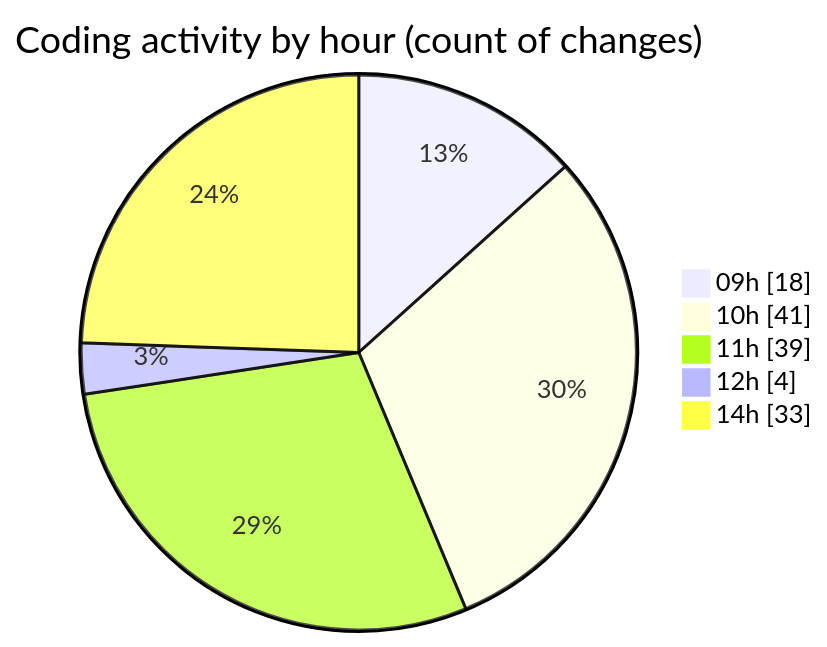
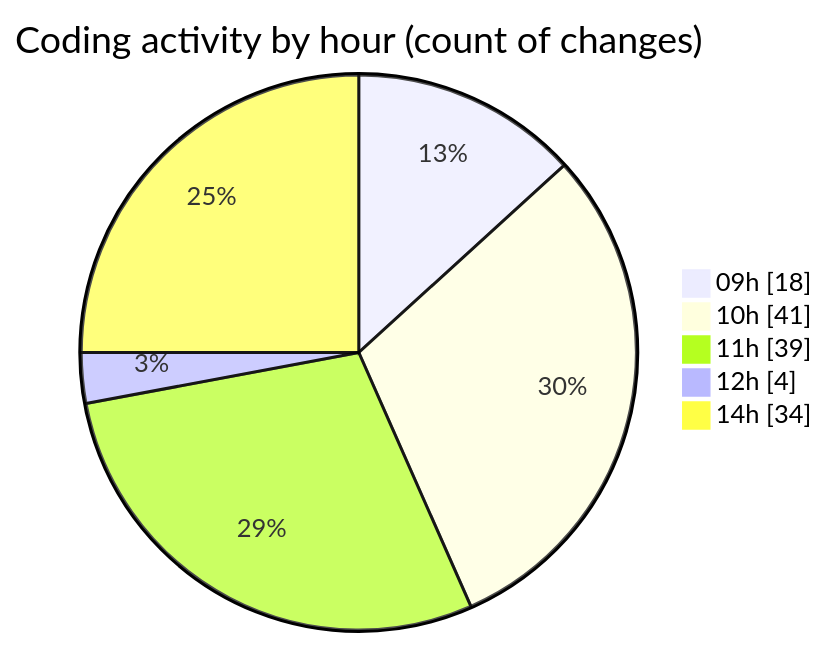
The second of 2 diagrams in 2025-02-11/cda/README.md (momahboobian/code-tracking), drawn with Mermaid before and after one commit. The commit also changed other lines of this file and 1 other file, not shown here.

````diff
--- a/2025-02-11/cda/README.md
+++ b/2025-02-11/cda/README.md
@@ -32,9 +32,9 @@
 ```mermaid
 pie showData
 title Coding activity by hour (count of changes)
 "09h" : 18
 "10h" : 41
 "11h" : 39
 "12h" : 4
-"14h" : 33
+"14h" : 34
 ```
````
